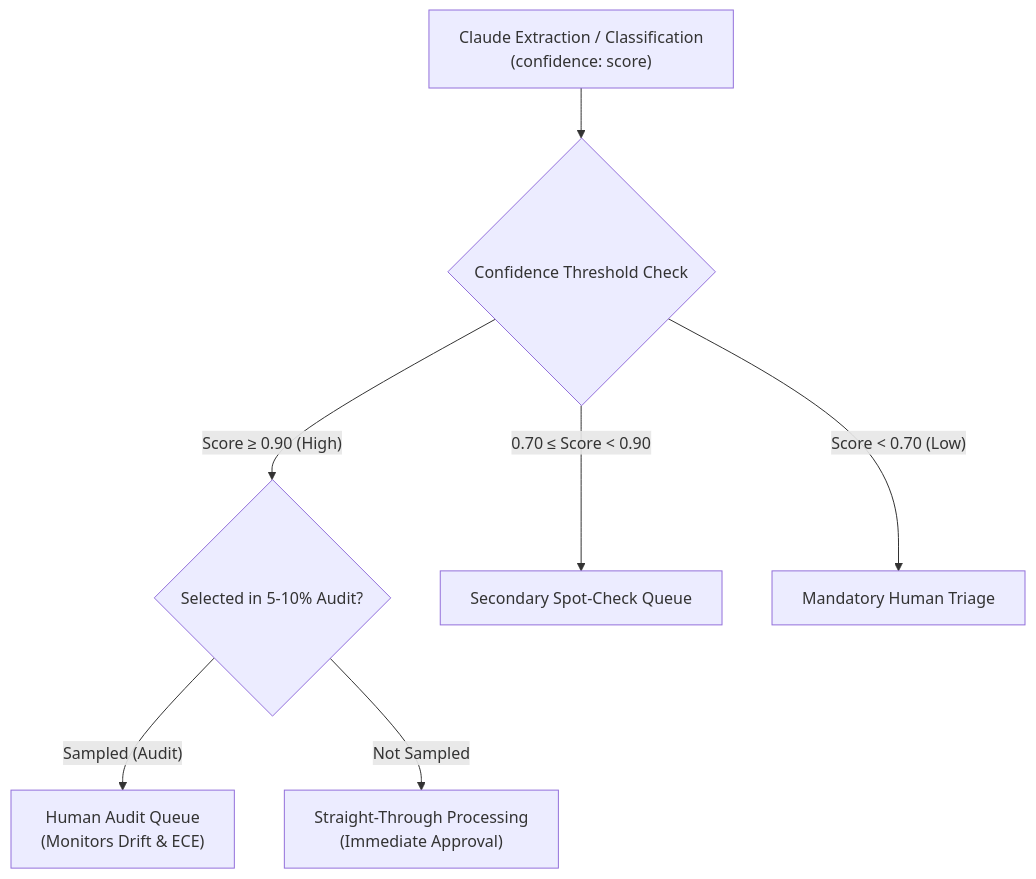
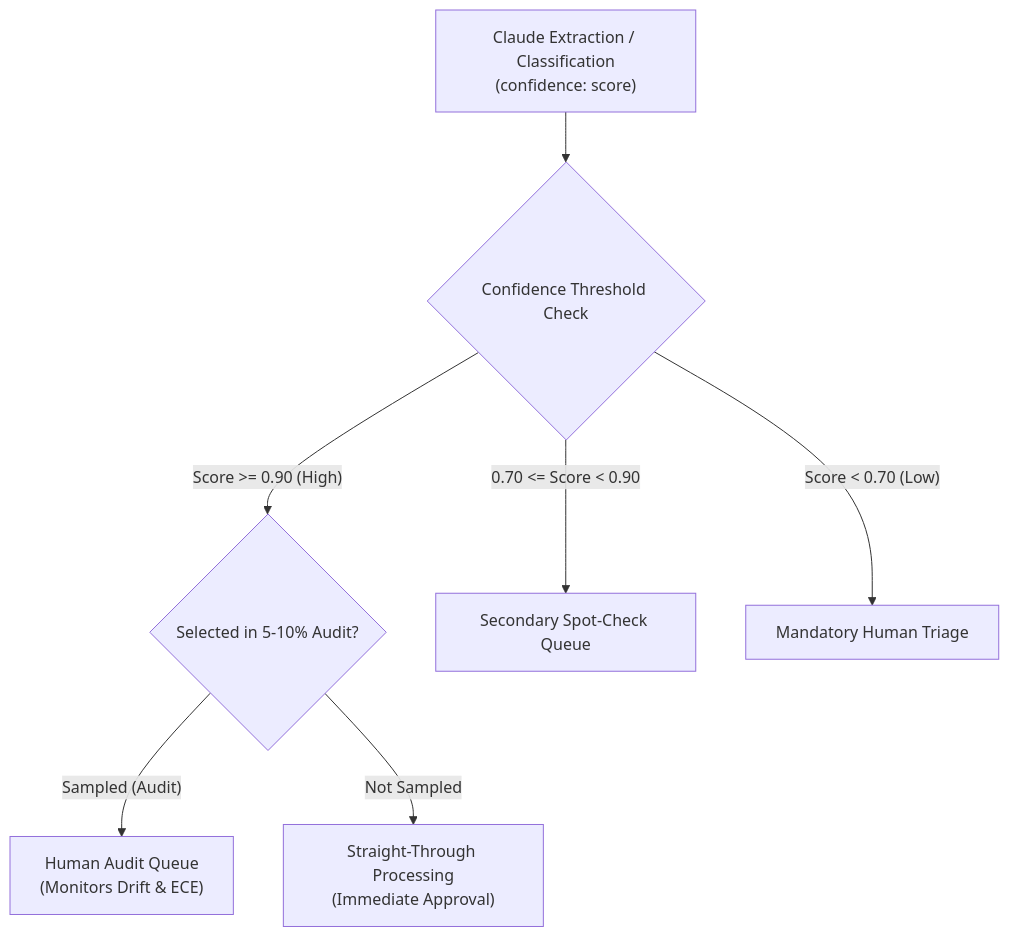
Before and after one commit to dip4k/claude_cert_architect_foundation_prep: the diagram in domain5/ts_5_5_human_review_calibration/README.md, drawn with Mermaid. The commit also changed other lines of this file and 50 other files, not shown here.

Commit message:
docs(domain): complete 30 task statement study guides and enforce October 2026 Mermaid standards

````diff
--- a/domain5/ts_5_5_human_review_calibration/README.md
+++ b/domain5/ts_5_5_human_review_calibration/README.md
@@ -10,14 +10,13 @@
 ```mermaid
-%%{init: {"flowchart": {"htmlLabels": true, "wrappingWidth": 250}}}%%
 flowchart TD
-    Pred["Claude Extraction / Classification<br/>(confidence: score)"] --> Router{"Confidence Threshold Check"}
+    Pred["Claude Extraction / Classification<br>(confidence: score)"] --> Router{"Confidence Threshold Check"}
     
-    Router -- "Score &ge; 0.90 (High)" --> SamplingCheck{"Selected in 5-10% Audit?"}
+    Router -->|"Score >= 0.90 (High)"| SamplingCheck{"Selected in 5-10% Audit?"}
     
-    SamplingCheck -- "Sampled (Audit)" --> HumanAudit["Human Audit Queue<br/>(Monitors Drift & ECE)"]
-    SamplingCheck -- "Not Sampled" --> AutoApprove["Straight-Through Processing<br/>(Immediate Approval)"]
+    SamplingCheck -->|"Sampled (Audit)"| HumanAudit["Human Audit Queue<br>(Monitors Drift & ECE)"]
+    SamplingCheck -->|"Not Sampled"| AutoApprove["Straight-Through Processing<br>(Immediate Approval)"]
     
-    Router -- "0.70 &le; Score &lt; 0.90" --> AsyncReview["Secondary Spot-Check Queue"]
+    Router -->|"0.70 <= Score < 0.90"| AsyncReview["Secondary Spot-Check Queue"]
     
-    Router -- "Score &lt; 0.70 (Low)" --> SyncEscalation["Mandatory Human Triage"]
+    Router -->|"Score < 0.70 (Low)"| SyncEscalation["Mandatory Human Triage"]
 ```
````
